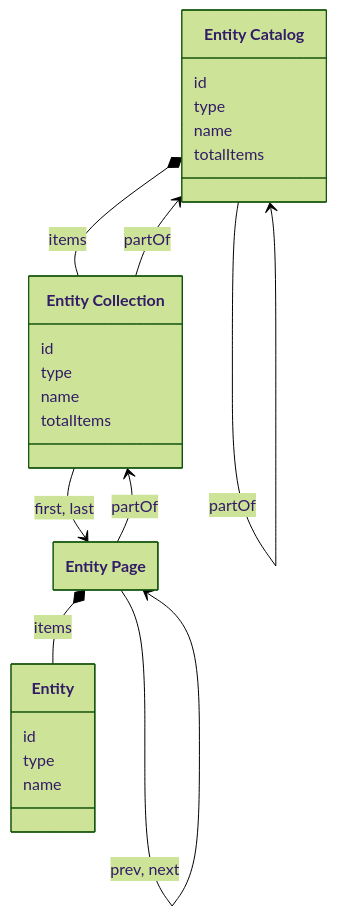
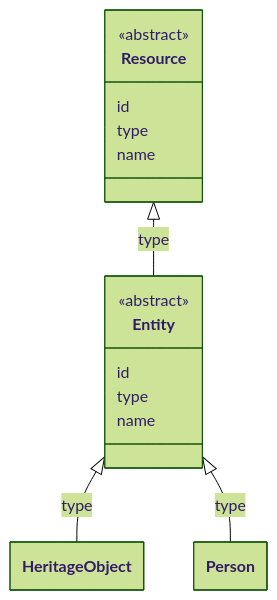
The diagram in docs/requirements/data-layer-api/rest/entities.md (netwerk-digitaal-erfgoed/netwerk-digitaal-erfgoed.github.io), drawn with Mermaid (forest theme) before and after one commit. The commit also changed other lines of this file and 10 other files, not shown here.

````diff
--- a/docs/requirements/data-layer-api/rest/entities.md
+++ b/docs/requirements/data-layer-api/rest/entities.md
@@ -70,39 +24,30 @@
 ```mermaid
 ---
   config:
     class:
       hideEmptyMembersBox: true
 ---
 classDiagram
 
-class EntityCatalog["Entity Catalog"] {
-  id
-  type
-  name
-  totalItems
-}
-
-class EntityCollection["Entity Collection"] {
-  id
-  type
-  name
-  totalItems
-}
-
-class EntityPage["Entity Page"]
-
-class Entity {
+class Resource["Resource"] {
+  <<abstract>>
   id
   type
   name
 }
 
-EntityCatalog *-- EntityCatalog : items
-EntityCatalog --> EntityCatalog : partOf
-EntityCatalog *-- EntityCollection : items
-EntityCollection --> EntityCatalog : partOf
-EntityCollection --> EntityPage : first, last
-EntityPage --> EntityCollection : partOf
-EntityPage --> EntityPage : prev, next
-EntityPage *-- Entity : items
+class Entity["Entity"] {
+  <<abstract>>
+  id
+  type
+  name
+}
+
+class HeritageObject["HeritageObject"]
+
+class Person["Person"]
+
+Resource <|-- Entity : type
+Entity <|-- HeritageObject : type
+Entity <|-- Person : type
 ```
````
